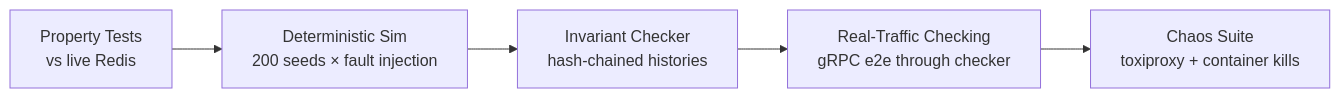
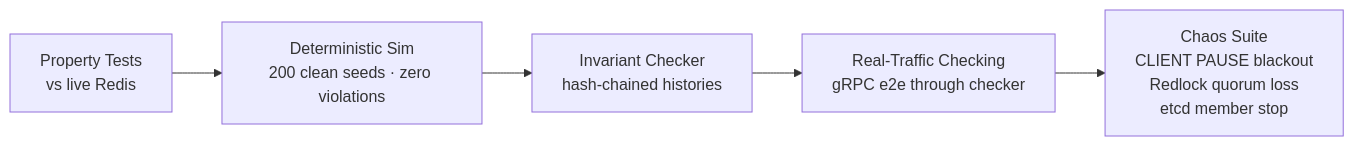
Before and after one commit to MaNiSh-9211/LockDis: the seventh of 8 diagrams in ARCHITECTURE.md, drawn with Mermaid. The commit also changed other lines of this file, not shown here.

First line of the commit message:
Fix architecture diagrams against the code; document demo surface

````diff
--- a/ARCHITECTURE.md
+++ b/ARCHITECTURE.md
@@ -132,7 +139,7 @@
 ```mermaid
 graph LR
-    P[Property Tests<br/>vs live Redis] --> S[Deterministic Sim<br/>200 seeds × fault injection]
+    P[Property Tests<br/>vs live Redis] --> S[Deterministic Sim<br/>200 clean seeds · zero violations]
     S --> LC[Invariant Checker<br/>hash-chained histories]
     LC --> H[Real-Traffic Checking<br/>gRPC e2e through checker]
-    H --> CH[Chaos Suite<br/>toxiproxy + container kills]
+    H --> CH[Chaos Suite<br/>CLIENT PAUSE blackout<br/>Redlock quorum loss<br/>etcd member stop]
 ```
````
